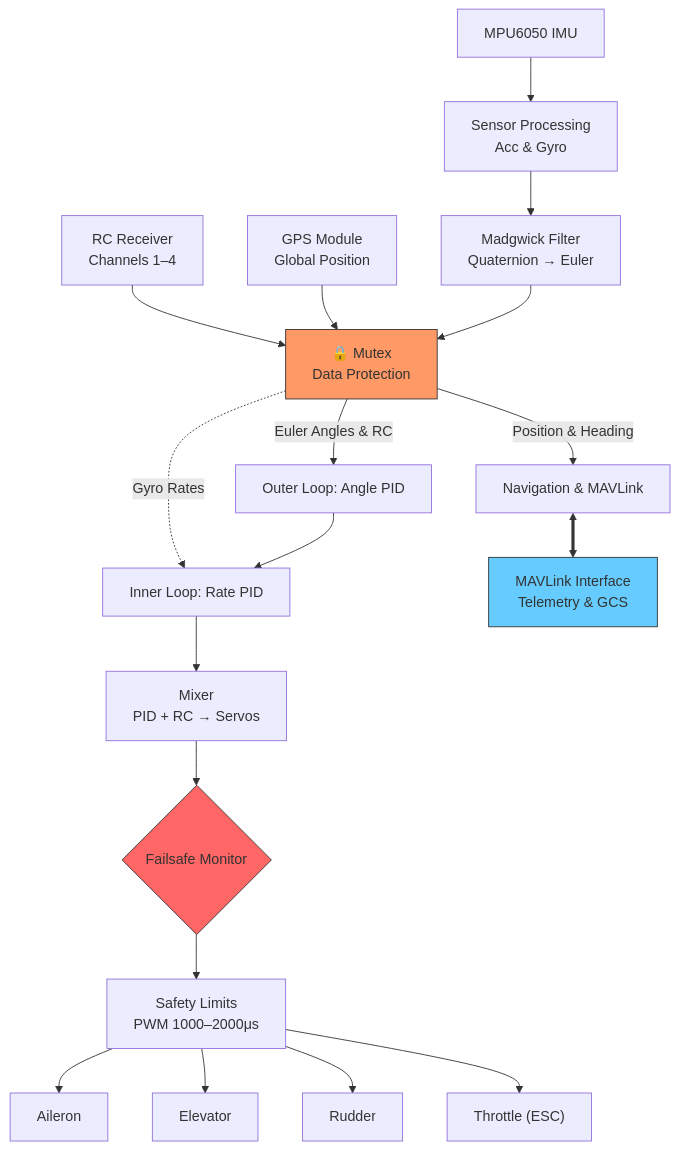
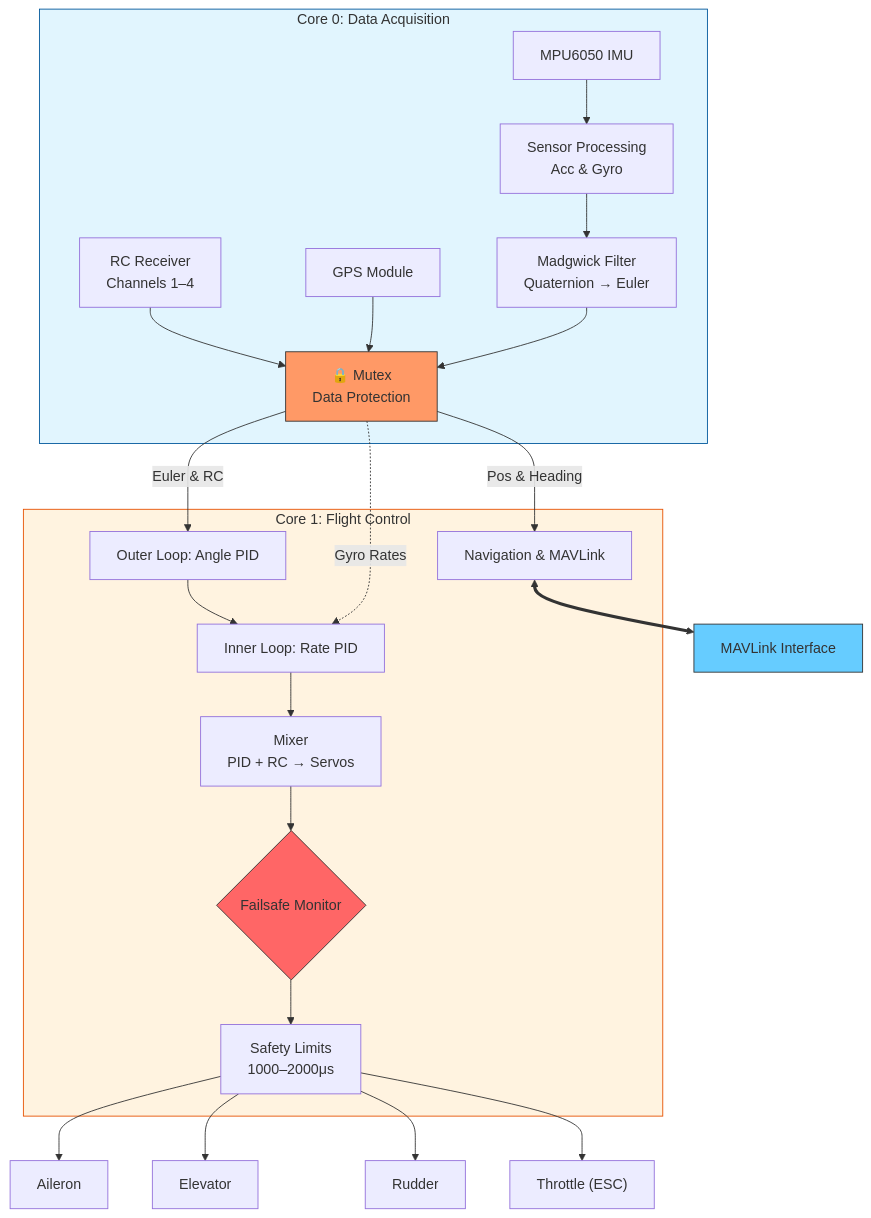
Before and after one commit to ozcelik329/AeroPico-FC: the diagram in README.md, drawn with Mermaid.

Commit message:
Enhance diagram with Core 0 and Core 1 subgraphs
Added subgraphs for Core 0 and Core 1 in the diagram to clarify data acquisition and flight control processes.

````diff
--- a/README.md
+++ b/README.md
@@ -26,35 +26,41 @@
 ```mermaid
 graph TD
-    %% Sensors & Input Layer
-    IMU["MPU6050 IMU"] --> SP["Sensor Processing\nAcc & Gyro"]
-    SP --> MF["Madgwick Filter\nQuaternion → Euler"]
-    RC["RC Receiver\nChannels 1–4"] --> MX["🔒 Mutex\nData Protection"]
-    GPS["GPS Module\nGlobal Position"] --> MX
-    
-    %% Core Processing Layer
-    MF --> MX
-    MX -- "Euler Angles & RC" --> OP["Outer Loop: Angle PID"]
-    MX -. "Gyro Rates" .-> IP["Inner Loop: Rate PID"]
-    MX -- "Position & Heading" --> NAV["Navigation & MAVLink"]
+    %% Core 0 - Data Acquisition & Pre-processing
+    subgraph C0 ["Core 0: Data Acquisition"]
+        IMU["MPU6050 IMU"] --> SP["Sensor Processing\nAcc & Gyro"]
+        SP --> MF["Madgwick Filter\nQuaternion → Euler"]
+        RC["RC Receiver\nChannels 1–4"] --> MX["🔒 Mutex\nData Protection"]
+        GPS["GPS Module"] --> MX
+        MF --> MX
+    end
 
-    %% Output & Safety Layer
-    OP --> IP
-    IP --> FM["Mixer\nPID + RC → Servos"]
-    FM --> FSM{"Failsafe Monitor"}
-    FSM --> SC["Safety Limits\nPWM 1000–2000μs"]
+    %% Core 1 - Flight Control & Actuation
+    subgraph C1 ["Core 1: Flight Control"]
+        OP["Outer Loop: Angle PID"] --> IP["Inner Loop: Rate PID"]
+        IP --> FM["Mixer\nPID + RC → Servos"]
+        FM --> FSM{"Failsafe Monitor"}
+        FSM --> SC["Safety Limits\n1000–2000μs"]
+        
+        NAV["Navigation & MAVLink"]
+    end
 
-    %% Actuation
+    %% Cross-Core Connections
+    MX -- "Euler & RC" --> OP
+    MX -. "Gyro Rates" .-> IP
+    MX -- "Pos & Heading" --> NAV
+    NAV <==> MAV["MAVLink Interface"]
+
+    %% Actuators
     SC --> A["Aileron"]
     SC --> E["Elevator"]
     SC --> R["Rudder"]
     SC --> T["Throttle (ESC)"]
 
-    %% Communication
-    NAV <==> MAV["MAVLink Interface\nTelemetry & GCS"]
-
-    %% Styling
+    %% Styling (Color Coding)
+    style C0 fill:#e1f5fe,stroke:#01579b
+    style C1 fill:#fff3e0,stroke:#e65100
     style MX fill:#f96,stroke:#333
     style FSM fill:#f66,stroke:#333
     style MAV fill:#6cf,stroke:#333
 
 ```
````
